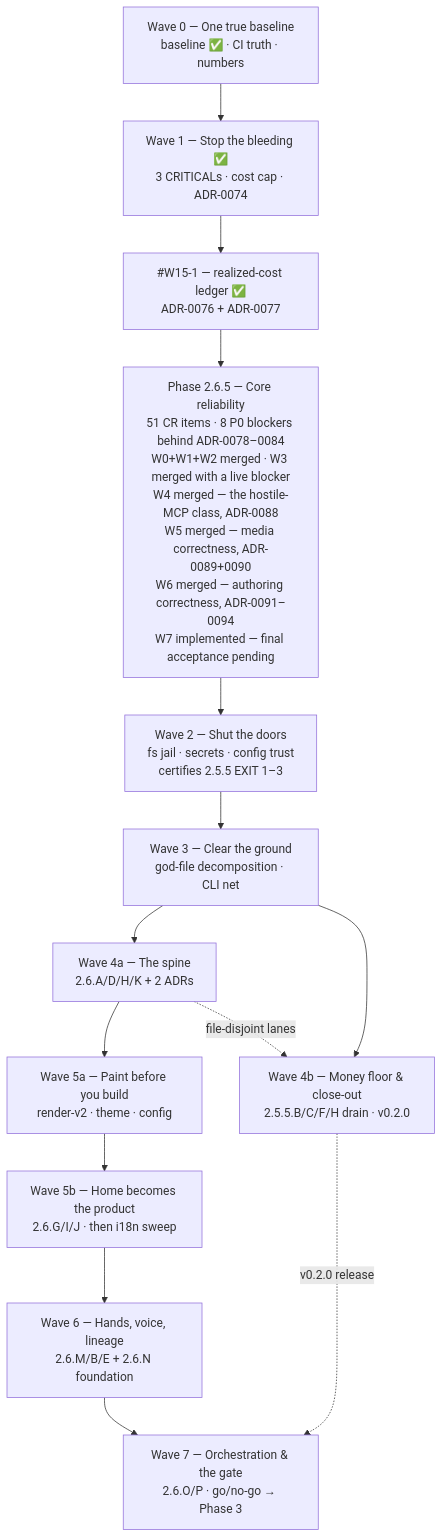
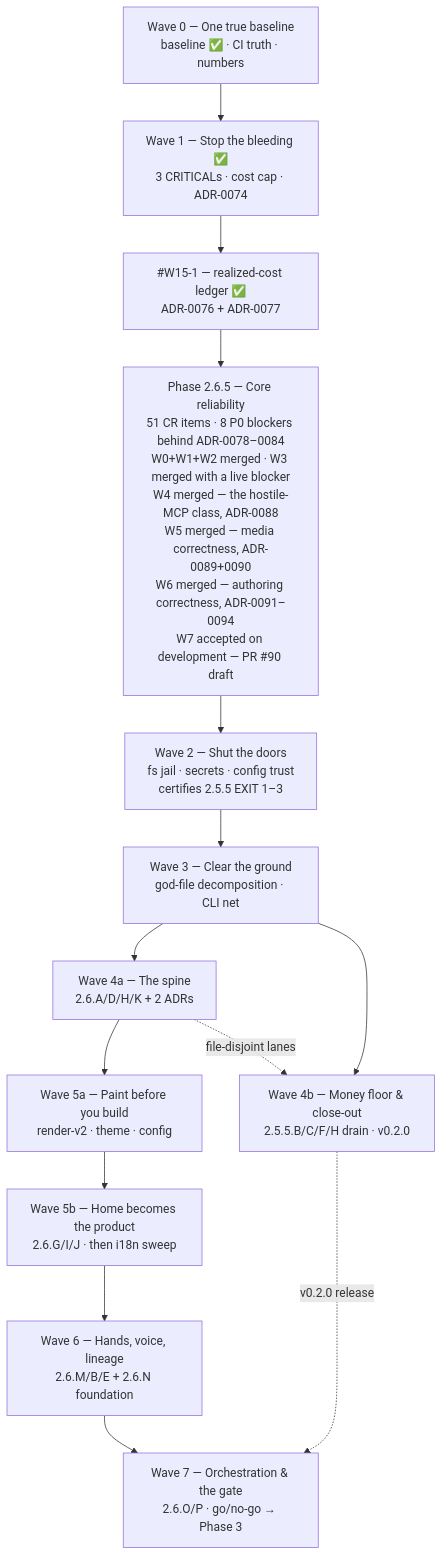
One commit to HodeTech/Relavium changed the diagram in docs/roadmap/current.md. Above: the diagram before and after it, drawn with Mermaid. The commit also changed other lines of this file and 7 other files, not shown here.

````diff
--- a/docs/roadmap/current.md
+++ b/docs/roadmap/current.md
@@ -416,19 +417,19 @@
 ```mermaid
 flowchart TD
     W0["Wave 0 — One true baseline<br/>baseline ✅ · CI truth · numbers"]
     W1["Wave 1 — Stop the bleeding ✅<br/>3 CRITICALs · cost cap · ADR-0074"]
     LEDGER["#W15-1 — realized-cost ledger ✅<br/>ADR-0076 + ADR-0077"]
-    P265["Phase 2.6.5 — Core reliability<br/>51 CR items · 8 P0 blockers behind ADR-0078–0084<br/>W0+W1+W2 merged · W3 merged with a live blocker<br/>W4 merged — the hostile-MCP class, ADR-0088<br/>W5 merged — media correctness, ADR-0089+0090<br/>W6 merged — authoring correctness, ADR-0091–0094<br/>W7 implemented — final acceptance pending"]
+    P265["Phase 2.6.5 — Core reliability<br/>51 CR items · 8 P0 blockers behind ADR-0078–0084<br/>W0+W1+W2 merged · W3 merged with a live blocker<br/>W4 merged — the hostile-MCP class, ADR-0088<br/>W5 merged — media correctness, ADR-0089+0090<br/>W6 merged — authoring correctness, ADR-0091–0094<br/>W7 accepted on development — PR #90 draft"]
     W2["Wave 2 — Shut the doors<br/>fs jail · secrets · config trust<br/>certifies 2.5.5 EXIT 1–3"]
     W3["Wave 3 — Clear the ground<br/>god-file decomposition · CLI net"]
     W4a["Wave 4a — The spine<br/>2.6.A/D/H/K + 2 ADRs"]
     W4b["Wave 4b — Money floor & close-out<br/>2.5.5.B/C/F/H drain · v0.2.0"]
     W5a["Wave 5a — Paint before you build<br/>render-v2 · theme · config"]
     W5b["Wave 5b — Home becomes the product<br/>2.6.G/I/J · then i18n sweep"]
     W6["Wave 6 — Hands, voice, lineage<br/>2.6.M/B/E + 2.6.N foundation"]
     W7["Wave 7 — Orchestration & the gate<br/>2.6.O/P · go/no-go → Phase 3"]
     W0 --> W1 --> LEDGER --> P265 --> W2 --> W3 --> W4a --> W5a --> W5b --> W6 --> W7
     W3 --> W4b
     W4b -.->|v0.2.0 release| W7
     W4a -.->|file-disjoint lanes| W4b
 ```
````
